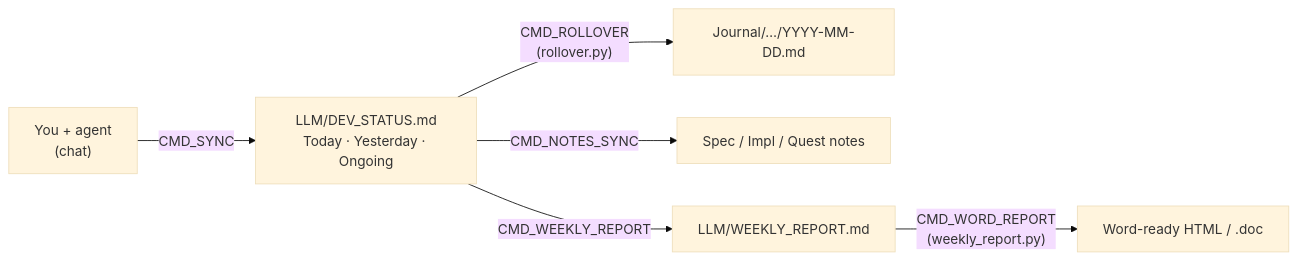
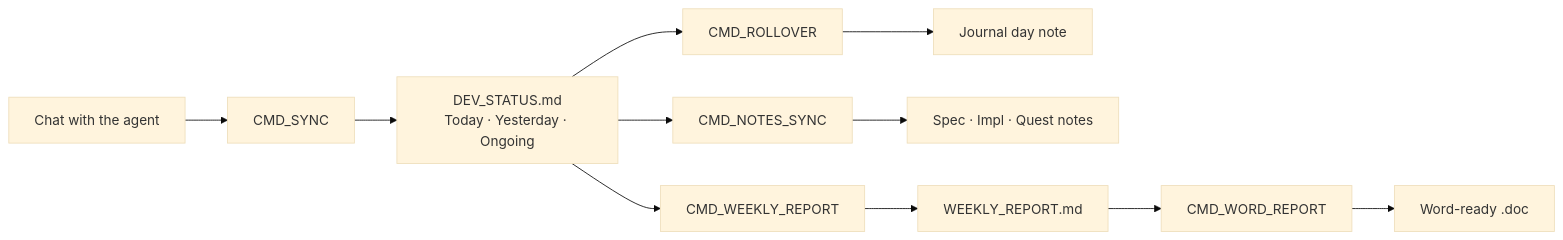
One commit to zelvet-velvet/agent-worklog-vault changed the second of 6 diagrams in README.md. Above: the diagram before and after it, drawn with Mermaid (base theme). The commit also changed other lines of this file and 2 other files, not shown here.

First line of the commit message:
docs: README rewritten around diagrams, Traditional Chinese README, diagram gallery

````diff
--- a/README.md
+++ b/README.md
@@ -9,8 +48,7 @@
 ```mermaid
 flowchart LR
-    You["You + agent<br/>(chat)"] -- "CMD_SYNC" --> S["LLM/DEV_STATUS.md<br/>Today · Yesterday · Ongoing"]
-    S -- "CMD_ROLLOVER<br/>(rollover.py)" --> J["Journal/…/YYYY-MM-DD.md"]
-    S -- "CMD_NOTES_SYNC" --> N["Spec / Impl / Quest notes"]
-    S -- "CMD_WEEKLY_REPORT" --> W["LLM/WEEKLY_REPORT.md"]
-    W -- "CMD_WORD_REPORT<br/>(weekly_report.py)" --> D["Word-ready HTML / .doc"]
+    C[Chat with the agent] --> SY[CMD_SYNC] --> S["DEV_STATUS.md<br/>Today · Yesterday · Ongoing"]
+    S --> RO[CMD_ROLLOVER] --> J[Journal day note]
+    S --> NS[CMD_NOTES_SYNC] --> N[Spec · Impl · Quest notes]
+    S --> WR[CMD_WEEKLY_REPORT] --> R[WEEKLY_REPORT.md] --> WO[CMD_WORD_REPORT] --> D[Word-ready .doc]
 ```
````
